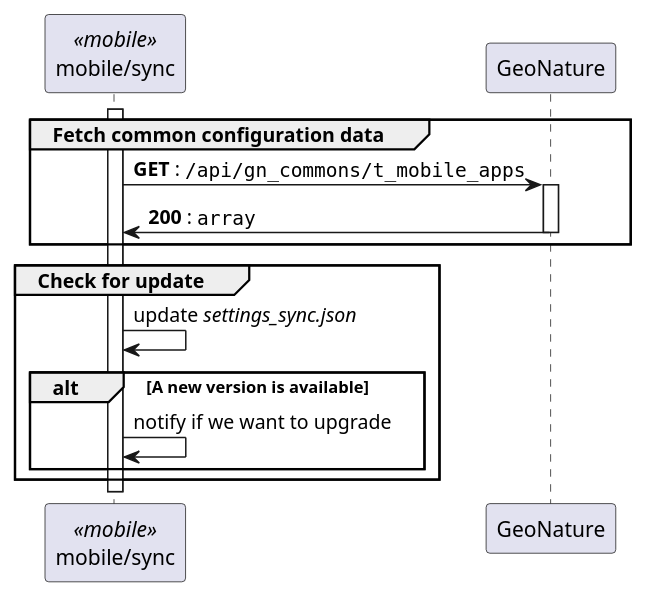
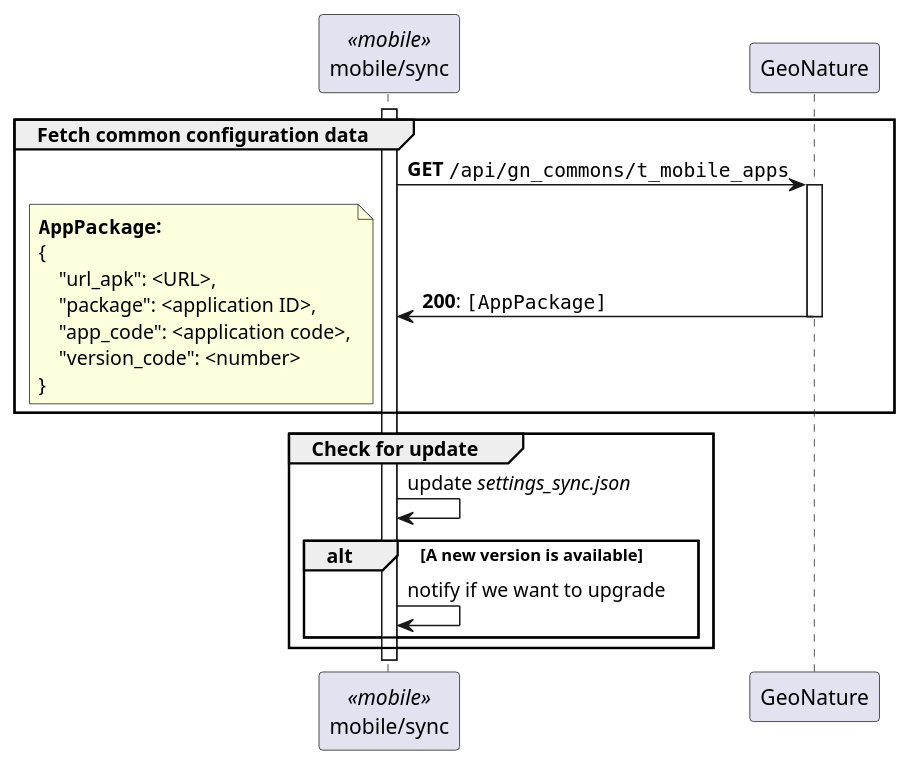
Before and after one commit to PnX-SI/gn_mobile_core: the first of 4 diagrams in docs/sync.adoc, drawn with PlantUML. The commit also changed other lines of this file and 1 other file, not shown here.

```diff
--- a/docs/sync.adoc
+++ b/docs/sync.adoc
@@ -5,21 +5,29 @@
-[plantuml, images/sync_update, svg]
+[plantuml,images/uml/sync_update,svg]
 ....
 participant "mobile/sync" as sync << mobile >>
 participant "GeoNature" as gn
 
 activate sync
 
 group Fetch common configuration data
-  sync -> gn ++ : **GET** : ""/api/gn_commons/t_mobile_apps""
-  gn -> sync -- : **200** : ""array""
+    sync -> gn ++ : **GET** ""/api/gn_commons/t_mobile_apps""
+    gn -> sync -- : **200**: ""[AppPackage]""
+    note left
+        **""AppPackage"":**
+        {
+            "url_apk": <URL>,
+            "package": <application ID>,
+            "app_code": <application code>,
+            "version_code": <number>
+        }
+    end note
 end
 
 group Check for update
   sync -> sync : update //settings_sync.json//
 
   alt A new version is available
     sync -> sync : notify if we want to upgrade
   end
 end
-
 ....
```
